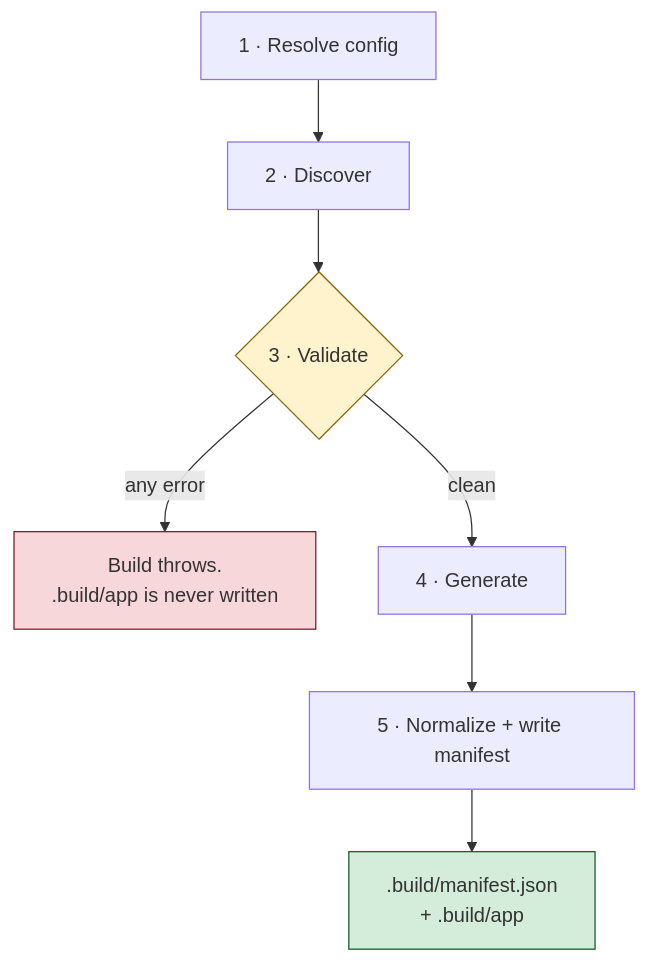
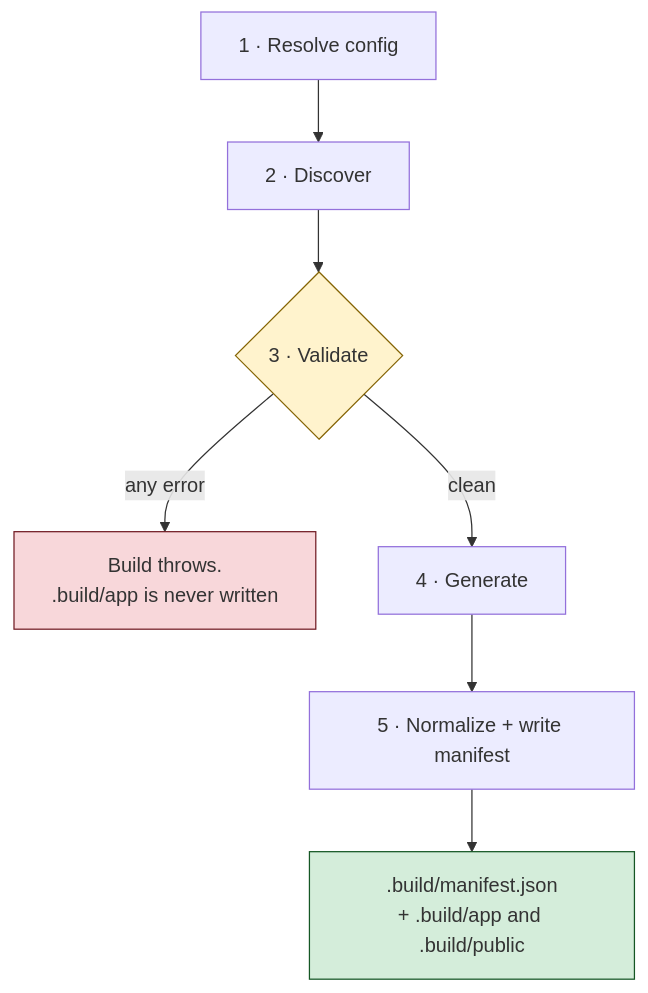
One commit to ortus-boxlang/bx-agents changed the diagram in docs/versions/1.0.x/course/07-building-your-agent.md. Above: the diagram before and after it, drawn with Mermaid. The commit also changed other lines of this file and 71 other files, not shown here.

First line of the commit message:
Document the app/public layout: what is in .build and what is served, the Application.bx variants, deploy, changelog, plan

````diff
--- a/docs/versions/1.0.x/course/07-building-your-agent.md
+++ b/docs/versions/1.0.x/course/07-building-your-agent.md
@@ -23,13 +24,13 @@
 ```mermaid
 flowchart TD
     A["1 · Resolve config"] --> B["2 · Discover"]
     B --> C{"3 · Validate"}
     C -->|"any error"| X["Build throws.<br/>.build/app is never written"]
     C -->|"clean"| D["4 · Generate"]
     D --> E["5 · Normalize + write manifest"]
-    E --> F[".build/manifest.json<br/>+ .build/app"]
+    E --> F[".build/manifest.json<br/>+ .build/app and .build/public"]
 
     style C fill:#fff3cd,stroke:#856404
     style X fill:#f8d7da,stroke:#721c24
     style F fill:#d4edda,stroke:#155724
 ```
````
